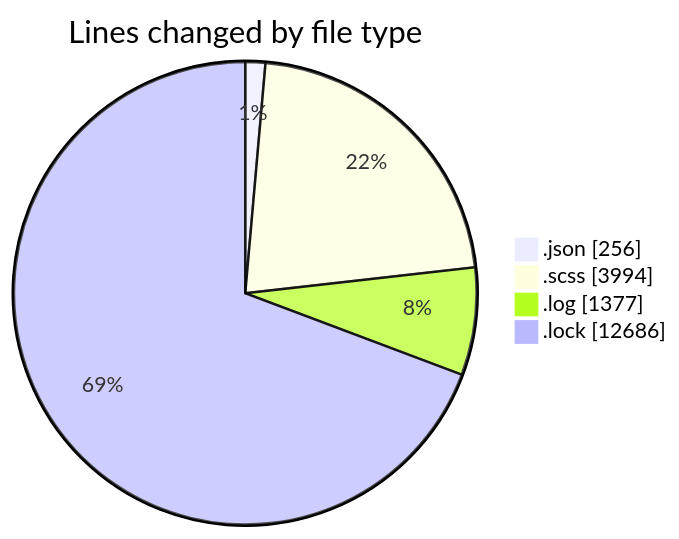
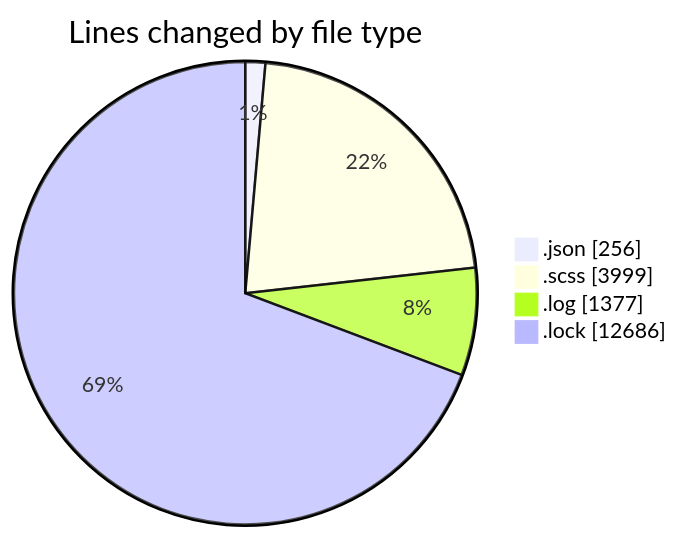
The first of 2 diagrams in 2026-01-22/cda/README.md (momahboobian/code-tracking), drawn with Mermaid before and after one commit. The commit also changed other lines of this file and 1 other file, not shown here.

````diff
--- a/2026-01-22/cda/README.md
+++ b/2026-01-22/cda/README.md
@@ -54,8 +55,8 @@
 ```mermaid
 pie showData
 title Lines changed by file type
 ".json" : 256
-".scss" : 3994
+".scss" : 3999
 ".log" : 1377
 ".lock" : 12686
 ```
````
